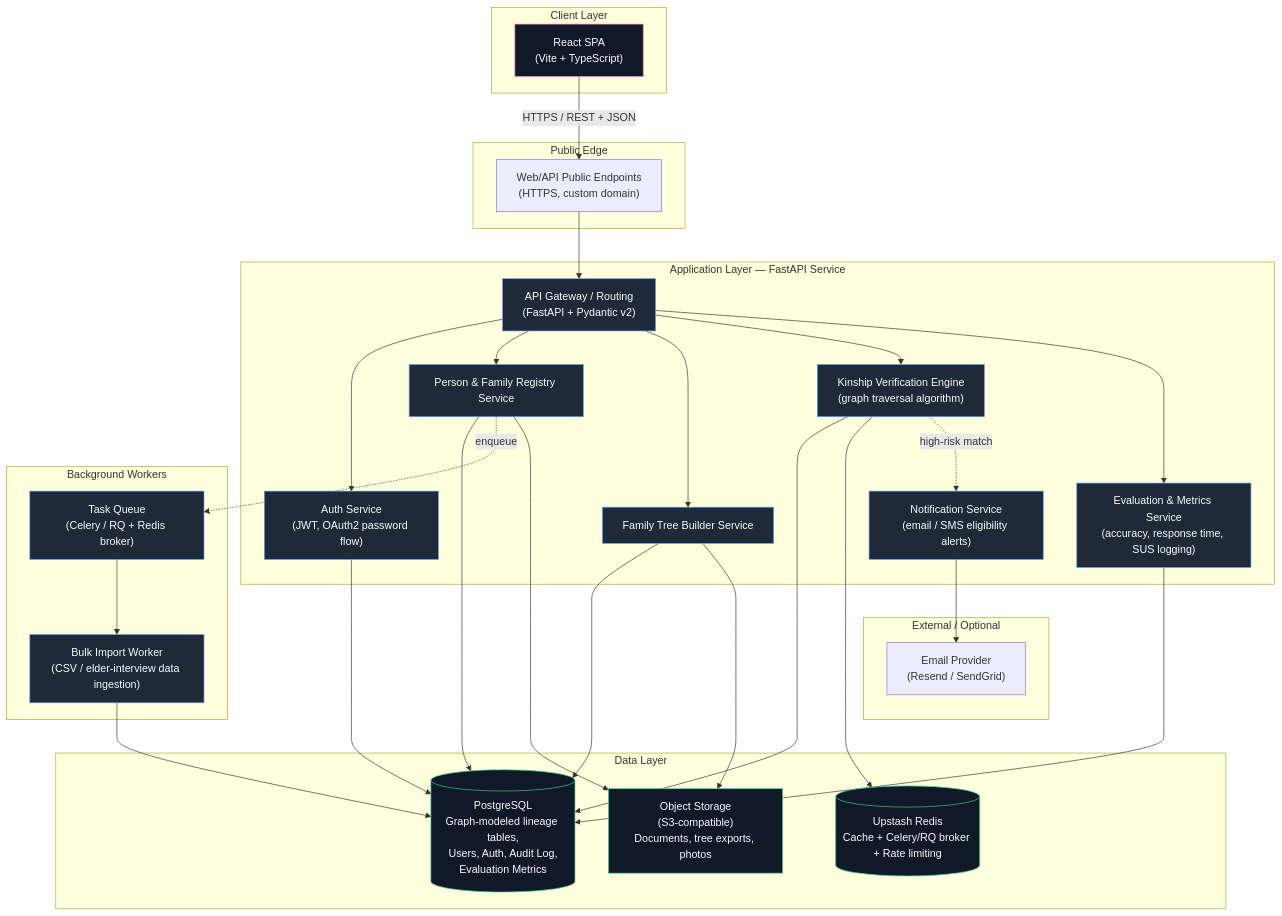
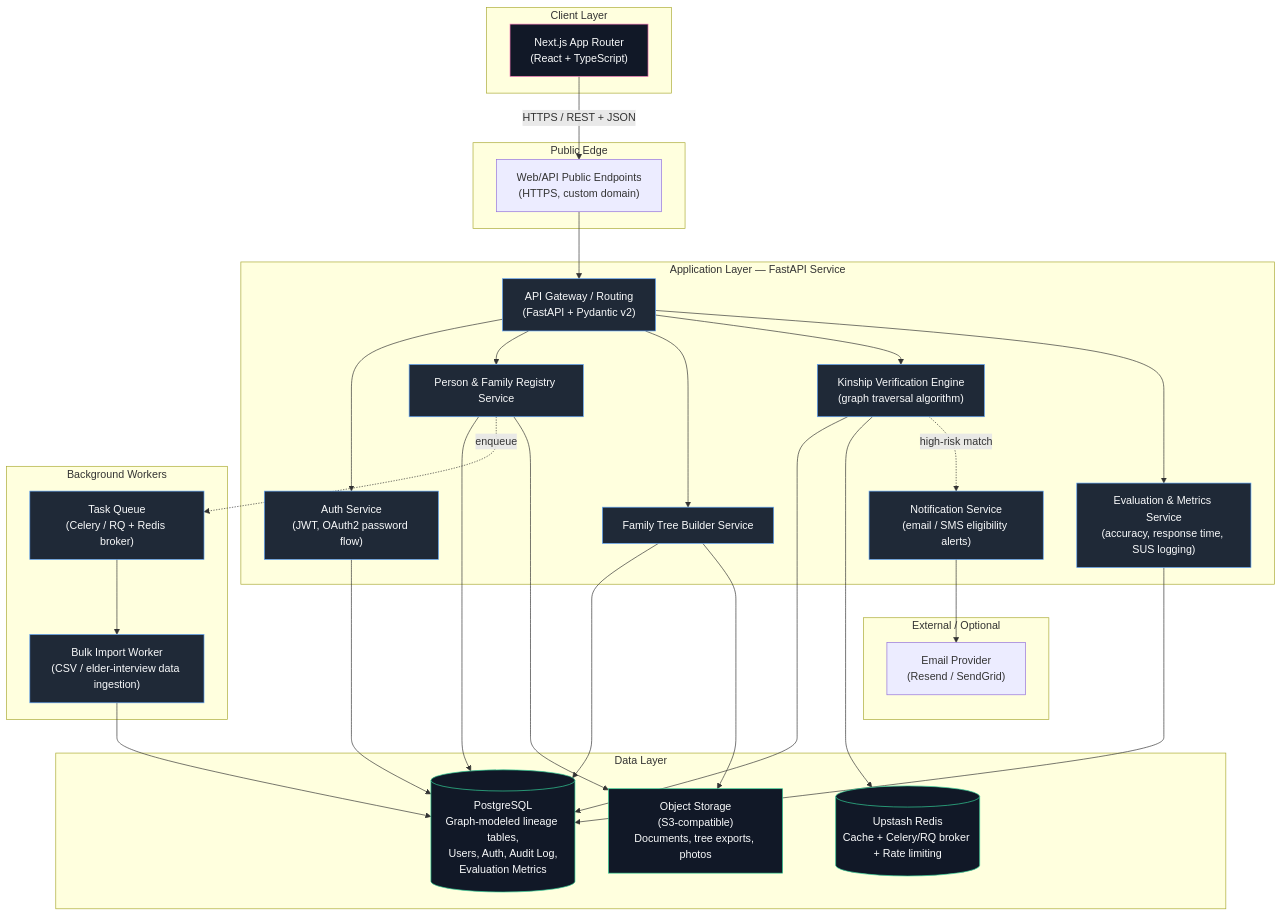
Before and after one commit to thetruesammyjay/kinship: the first of 2 diagrams in README.md, drawn with Mermaid. The commit also changed other lines of this file and 64 other files, not shown here.

First line of the commit message:
Migrate web app from Vite SPA to Next.js 15 App Router

````diff
--- a/README.md
+++ b/README.md
@@ -43,64 +43,64 @@
 ```mermaid
 flowchart TB
     subgraph Client["Client Layer"]
-        WEB["React SPA<br/>(Vite + TypeScript)"]
+        WEB["Next.js App Router<br/>(React + TypeScript)"]
     end
 
     subgraph Edge["Public Edge"]
         LB["Web/API Public Endpoints<br/>(HTTPS, custom domain)"]
     end
 
     subgraph API["Application Layer — FastAPI Service"]
         GATEWAY["API Gateway / Routing<br/>(FastAPI + Pydantic v2)"]
         AUTH["Auth Service<br/>(JWT, OAuth2 password flow)"]
         PERSON["Person & Family Registry Service"]
         TREE["Family Tree Builder Service"]
         KINSHIP["Kinship Verification Engine<br/>(graph traversal algorithm)"]
         NOTIFY["Notification Service<br/>(email / SMS eligibility alerts)"]
         EVAL["Evaluation & Metrics Service<br/>(accuracy, response time, SUS logging)"]
     end
 
     subgraph Workers["Background Workers"]
         QUEUE["Task Queue<br/>(Celery / RQ + Redis broker)"]
         BULK["Bulk Import Worker<br/>(CSV / elder-interview data ingestion)"]
     end
 
     subgraph Data["Data Layer"]
         PG[("PostgreSQL<br/>Graph-modeled lineage tables,<br/>Users, Auth, Audit Log,<br/>Evaluation Metrics")]
         REDIS[("Upstash Redis<br/>Cache + Celery/RQ broker + Rate limiting")]
         BLOB["Object Storage<br/>(S3-compatible)<br/>Documents, tree exports, photos"]
     end
 
     subgraph External["External / Optional"]
         SMTP["Email Provider<br/>(Resend / SendGrid)"]
     end
 
     WEB -->|HTTPS / REST + JSON| LB --> GATEWAY
     GATEWAY --> AUTH
     GATEWAY --> PERSON
     GATEWAY --> TREE
     GATEWAY --> KINSHIP
     GATEWAY --> EVAL
 
     AUTH --> PG
     PERSON --> PG
     TREE --> PG
     KINSHIP --> PG
     KINSHIP --> REDIS
     EVAL --> PG
 
     PERSON -.enqueue.-> QUEUE
     QUEUE --> BULK --> PG
     NOTIFY --> SMTP
     KINSHIP -.high-risk match.-> NOTIFY
 
     PERSON --> BLOB
     TREE --> BLOB
 
     classDef svc fill:#1f2937,stroke:#60a5fa,color:#f9fafb
     classDef data fill:#111827,stroke:#34d399,color:#f9fafb
     classDef client fill:#111827,stroke:#f472b6,color:#f9fafb
     class GATEWAY,AUTH,PERSON,TREE,KINSHIP,NOTIFY,EVAL,QUEUE,BULK svc
     class PG,REDIS,BLOB data
     class WEB client
 ```
````
